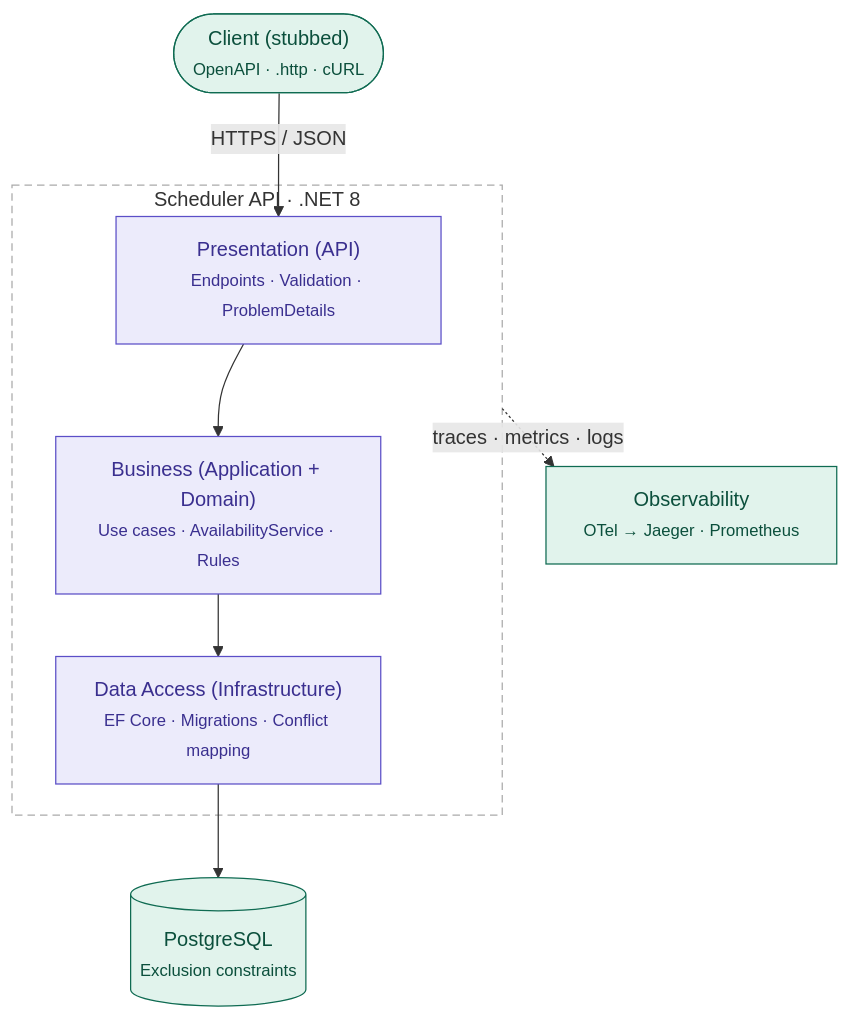
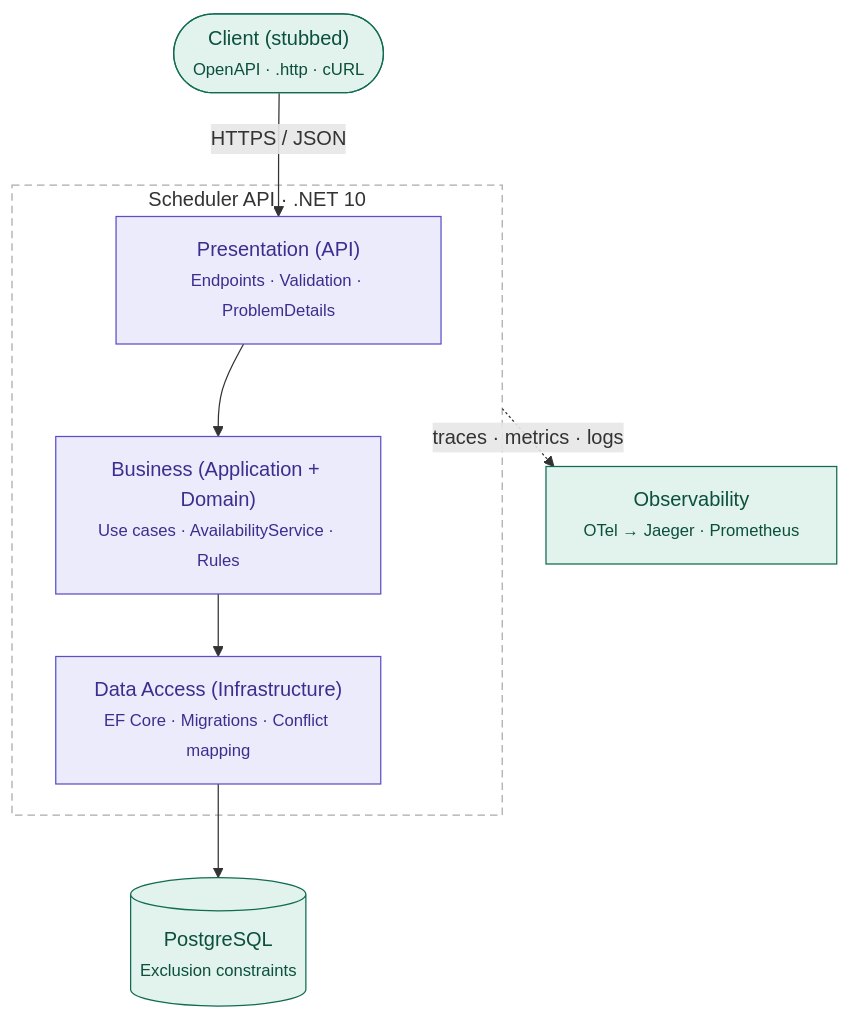
Before and after one commit to THKhai/dealership-service-scheduler: the third of 5 diagrams in Docs/System-design.md, drawn with Mermaid. The commit also changed other lines of this file, not shown here.

````diff
--- a/Docs/System-design.md
+++ b/Docs/System-design.md
@@ -118,25 +118,25 @@
 ```mermaid
 flowchart TD
     client(["Client (stubbed)<br/><small>OpenAPI · .http · cURL</small>"])
 
-    subgraph api["Scheduler API · .NET 8"]
+    subgraph api["Scheduler API · .NET 10"]
         presentation["Presentation (API)<br/><small>Endpoints · Validation · ProblemDetails</small>"]
         business["Business (Application + Domain)<br/><small>Use cases · AvailabilityService · Rules</small>"]
         dataAccess["Data Access (Infrastructure)<br/><small>EF Core · Migrations · Conflict mapping</small>"]
     end
 
     postgres[("PostgreSQL<br/><small>Exclusion constraints</small>")]
     observability["Observability<br/><small>OTel → Jaeger · Prometheus</small>"]
 
     client -->|"HTTPS / JSON"| presentation
     presentation --> business
     business --> dataAccess
     dataAccess --> postgres
     api -.->|"traces · metrics · logs"| observability
 
     classDef layer fill:#ECEBFB,stroke:#5B4FC7,color:#3A2F8F
     classDef external fill:#E1F3EC,stroke:#0F6B52,color:#0B4F3C
     class presentation,business,dataAccess layer
     class client,postgres,observability external
     style api fill:none,stroke:#AAAAAA,stroke-dasharray:6 4
 ```
````
